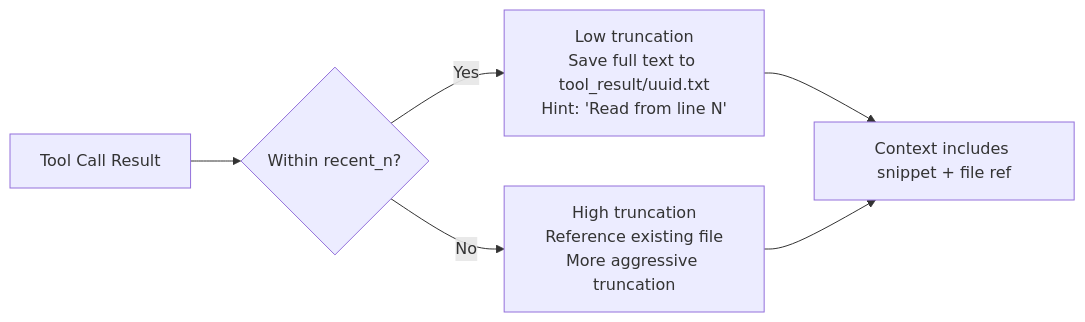
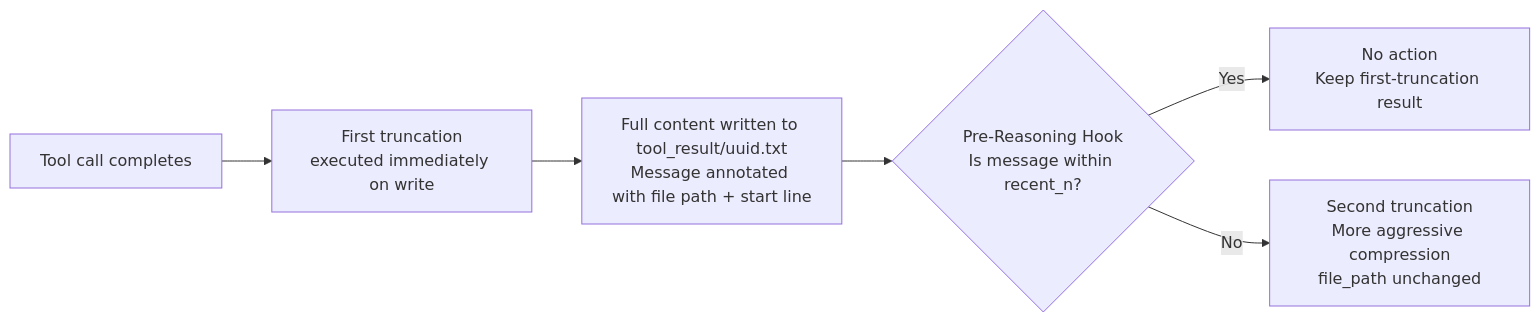
The third of 7 diagrams in docs/copaw_context_design.md (lllyyysss77/ReMe), drawn with Mermaid before and after one commit. The commit also changed other lines of this file and 3 other files, not shown here.

````diff
--- a/docs/copaw_context_design.md
+++ b/docs/copaw_context_design.md
@@ -67,8 +82,8 @@
 ```mermaid
 flowchart LR
-    A[Tool Call Result] --> B{Within recent_n?}
-    B -->|Yes| C[Low truncation<br>Save full text to tool_result/uuid.txt<br>Hint: 'Read from line N']
-    B -->|No| D[High truncation<br>Reference existing file<br>More aggressive truncation]
-    C --> E[Context includes snippet + file ref]
-    D --> E
+    A[Tool call completes] --> T[First truncation<br>executed immediately on write]
+    T --> S[Full content written to tool_result/uuid.txt<br>Message annotated with file path + start line]
+    S --> B{Pre-Reasoning Hook<br>Is message within recent_n?}
+    B -->|Yes| C[No action<br>Keep first-truncation result]
+    B -->|No| D[Second truncation<br>More aggressive compression<br>file_path unchanged]
 ```
````
